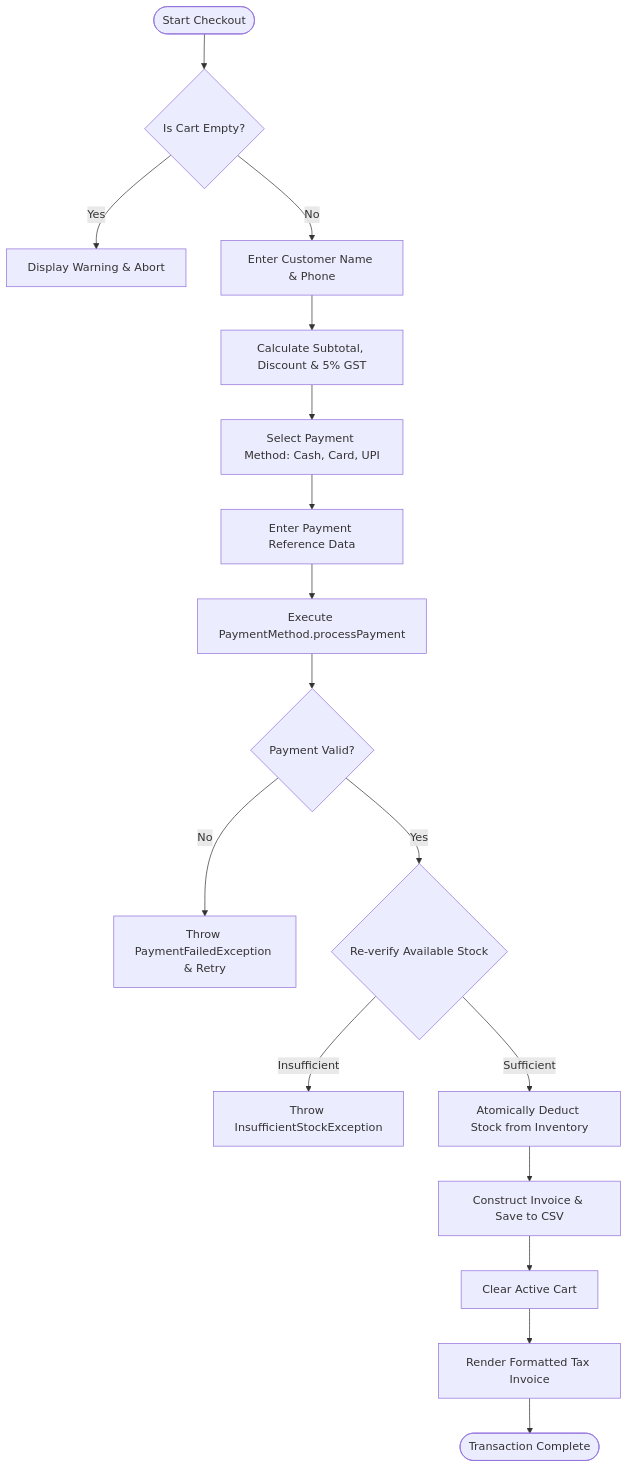
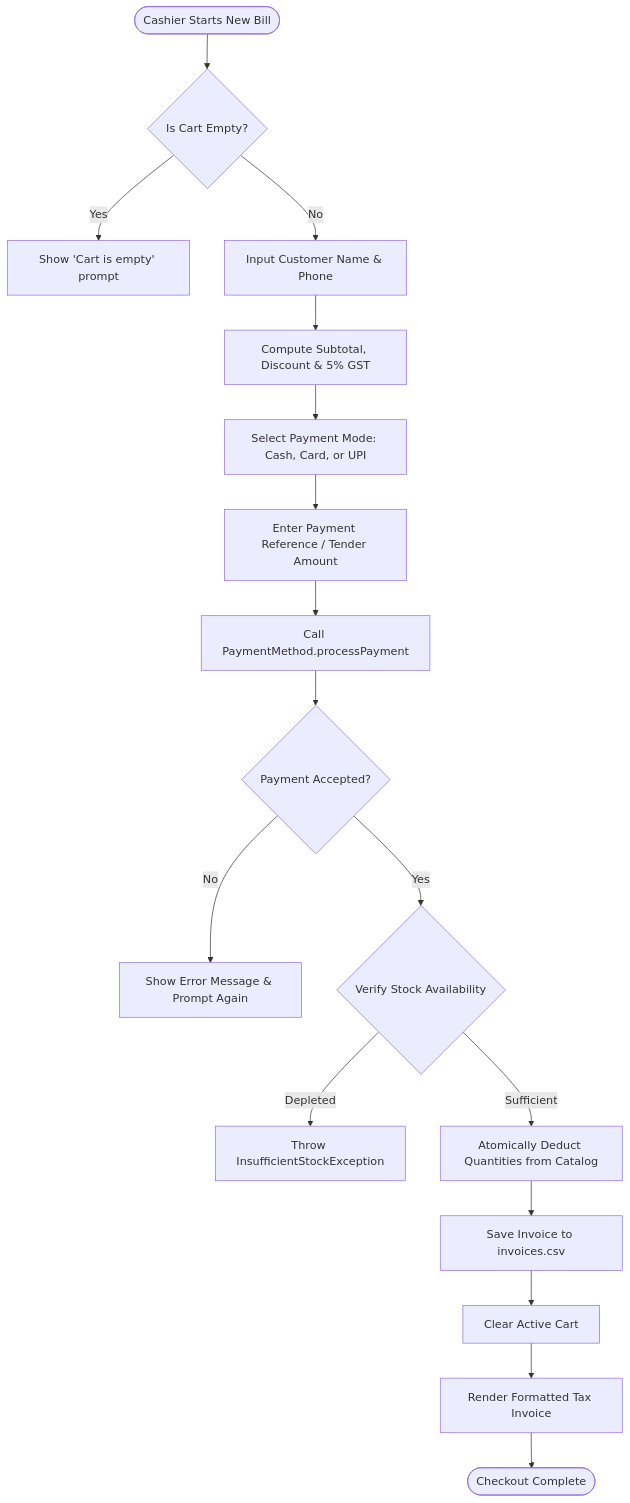
The third of 6 diagrams in PROJECT_REPORT.md (jayant25bai11172-pixel/smart-inventory-billing-system), drawn with Mermaid before and after one commit. The commit also changed other lines of this file and 2 other files, not shown here.

````diff
--- a/PROJECT_REPORT.md
+++ b/PROJECT_REPORT.md
@@ -184,19 +195,19 @@
 ```mermaid
 flowchart TD
-    Start([Start Checkout]) --> CheckCart{Is Cart Empty?}
-    CheckCart -- Yes --> EmptyErr[Display Warning & Abort]
-    CheckCart -- No --> InputCust[Enter Customer Name & Phone]
-    InputCust --> CalcTotals[Calculate Subtotal, Discount & 5% GST]
-    CalcTotals --> ChoosePay[Select Payment Method: Cash, Card, UPI]
-    ChoosePay --> InputRef[Enter Payment Reference Data]
-    InputRef --> PayProcess[Execute PaymentMethod.processPayment]
-    PayProcess --> PaySuccess{Payment Valid?}
-    PaySuccess -- No --> PayFailErr[Throw PaymentFailedException & Retry]
-    PaySuccess -- Yes --> VerifyStock{Re-verify Available Stock}
-    VerifyStock -- Insufficient --> StockErr[Throw InsufficientStockException]
-    VerifyStock -- Sufficient --> DeductStock[Atomically Deduct Stock from Inventory]
-    DeductStock --> CreateInv[Construct Invoice & Save to CSV]
-    CreateInv --> ClearCart[Clear Active Cart]
-    ClearCart --> PrintRcpt[Render Formatted Tax Invoice]
-    PrintRcpt --> End([Transaction Complete])
+    Start([Cashier Starts New Bill]) --> CheckCart{Is Cart Empty?}
+    CheckCart -- Yes --> CartAlert[Show 'Cart is empty' prompt]
+    CheckCart -- No --> EnterCustomer[Input Customer Name & Phone]
+    EnterCustomer --> CalcTotal[Compute Subtotal, Discount & 5% GST]
+    CalcTotal --> PickPayment[Select Payment Mode: Cash, Card, or UPI]
+    PickPayment --> ReadRef[Enter Payment Reference / Tender Amount]
+    ReadRef --> ExecPay[Call PaymentMethod.processPayment]
+    ExecPay --> PayValid{Payment Accepted?}
+    PayValid -- No --> RetryPay[Show Error Message & Prompt Again]
+    PayValid -- Yes --> CheckStock{Verify Stock Availability}
+    CheckStock -- Depleted --> StockErr[Throw InsufficientStockException]
+    CheckStock -- Sufficient --> Deduct[Atomically Deduct Quantities from Catalog]
+    Deduct --> SaveInv[Save Invoice to invoices.csv]
+    SaveInv --> ResetCart[Clear Active Cart]
+    ResetCart --> PrintReceipt[Render Formatted Tax Invoice]
+    PrintReceipt --> Done([Checkout Complete])
 ```
````
